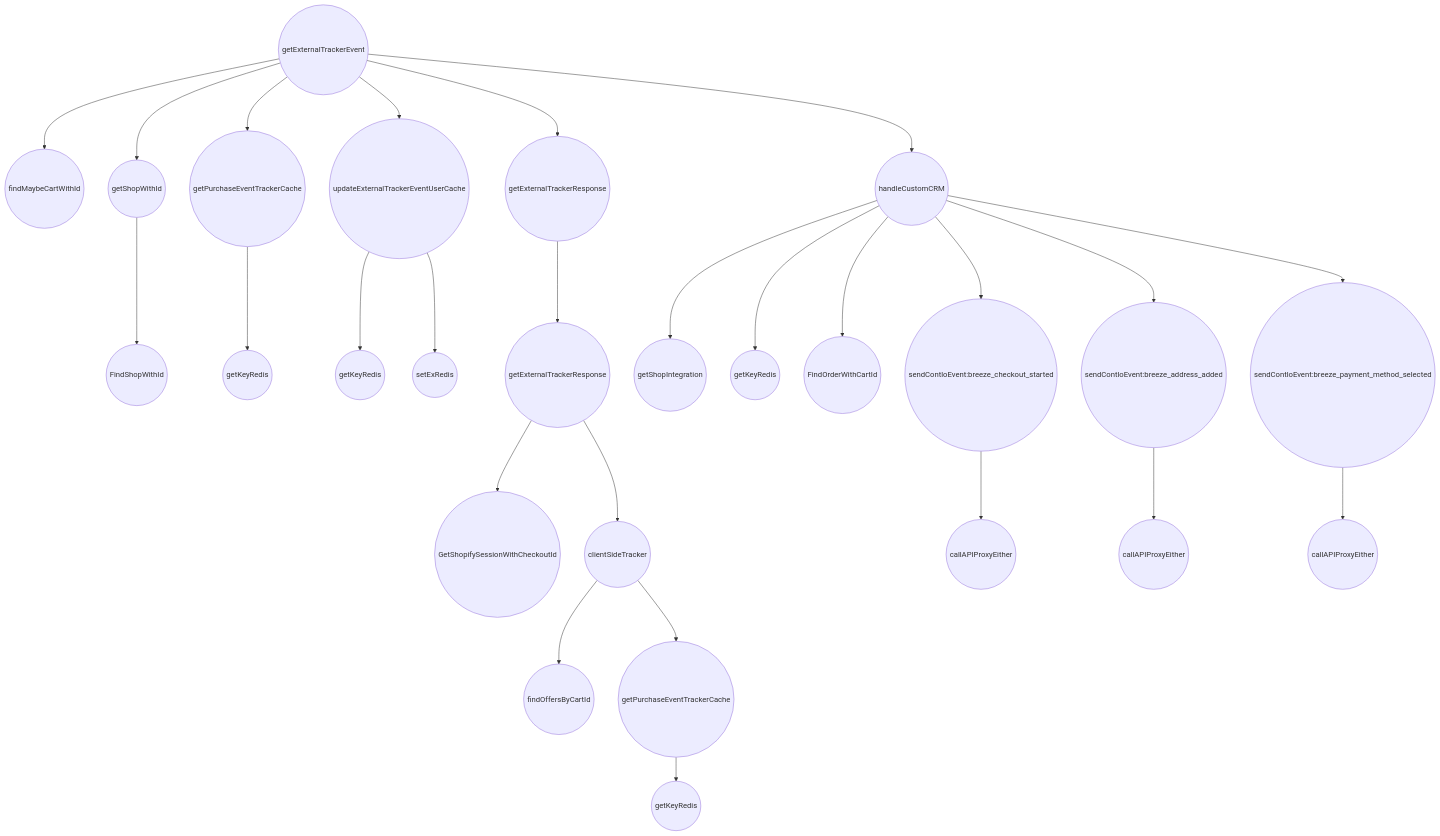
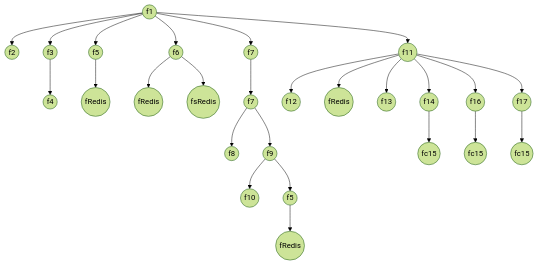
One commit to sishir2001/logViz changed the diagram in generated/iter0/functionTree.md. Above: the diagram before and after it, drawn with Mermaid. The commit also changed 1 other file, not shown here.

Commit message:
updated viz

````diff
--- a/generated/iter0/functionTree.md
+++ b/generated/iter0/functionTree.md
@@ -1,28 +1,29 @@
 ```mermaid
+    %%{init: {'theme':'forest'}}%%
     flowchart TD
-      Wgszl40BcZVd_SgUK2CY(( getExternalTrackerEvent )) --> Uwszl40BcZVd_SgUK2CY(( findMaybeCartWithId ))
-      Wgszl40BcZVd_SgUK2CY(( getExternalTrackerEvent )) --> aAszl40BcZVd_SgUK2CY(( getShopWithId ))
-      aAszl40BcZVd_SgUK2CY(( getShopWithId )) --> Xgszl40BcZVd_SgUK2CY(( FindShopWithId ))
-      Wgszl40BcZVd_SgUK2CY(( getExternalTrackerEvent )) --> agszl40BcZVd_SgUK2CY(( getPurchaseEventTrackerCache ))
-      agszl40BcZVd_SgUK2CY(( getPurchaseEventTrackerCache )) --> awszl40BcZVd_SgUK2CY(( getKeyRedis ))
-      Wgszl40BcZVd_SgUK2CY(( getExternalTrackerEvent )) --> egszl40BcZVd_SgUK2CY(( updateExternalTrackerEventUserCache ))
-      egszl40BcZVd_SgUK2CY(( updateExternalTrackerEventUserCache )) --> jQszl40BcZVd_SgUK2CY(( getKeyRedis ))
-      egszl40BcZVd_SgUK2CY(( updateExternalTrackerEventUserCache )) --> kAszl40BcZVd_SgUK2CY(( setExRedis ))
-      Wgszl40BcZVd_SgUK2CY(( getExternalTrackerEvent )) --> ggszl40BcZVd_SgUK2CY(( getExternalTrackerResponse ))
-      ggszl40BcZVd_SgUK2CY(( getExternalTrackerResponse )) --> oAszl40BcZVd_SgUK2CY(( getExternalTrackerResponse ))
-      oAszl40BcZVd_SgUK2CY(( getExternalTrackerResponse )) --> iQszl40BcZVd_SgUK2CY(( GetShopifySessionWithCheckoutId ))
-      oAszl40BcZVd_SgUK2CY(( getExternalTrackerResponse )) --> igszl40BcZVd_SgUK2CY(( clientSideTracker ))
-      igszl40BcZVd_SgUK2CY(( clientSideTracker )) --> lgszl40BcZVd_SgUK2CY(( findOffersByCartId ))
-      igszl40BcZVd_SgUK2CY(( clientSideTracker )) --> BO4zl40BpUSAXsPKL1E9(( getPurchaseEventTrackerCache ))
-      BO4zl40BpUSAXsPKL1E9(( getPurchaseEventTrackerCache )) --> pQszl40BcZVd_SgUK2CY(( getKeyRedis ))
-      Wgszl40BcZVd_SgUK2CY(( getExternalTrackerEvent )) --> rQszl40BcZVd_SgUK2CY(( handleCustomCRM ))
-      rQszl40BcZVd_SgUK2CY(( handleCustomCRM )) --> vAszl40BcZVd_SgUK2CY(( getShopIntegration ))
-      rQszl40BcZVd_SgUK2CY(( handleCustomCRM )) --> vgszl40BcZVd_SgUK2CY(( getKeyRedis ))
-      rQszl40BcZVd_SgUK2CY(( handleCustomCRM )) --> vwszl40BcZVd_SgUK2CY(( FindOrderWithCartId ))
-      rQszl40BcZVd_SgUK2CY(( handleCustomCRM )) --> Ee4zl40BpUSAXsPKL1E9(( sendContloEvent:breeze_checkout_started ))
-      Ee4zl40BpUSAXsPKL1E9(( sendContloEvent:breeze_checkout_started )) --> wQszl40BcZVd_SgUK2CY(( callAPIProxyEither ))
-      rQszl40BcZVd_SgUK2CY(( handleCustomCRM )) --> Gmwzl40BQ0y9xY4gM0dK(( sendContloEvent:breeze_address_added ))
-      Gmwzl40BQ0y9xY4gM0dK(( sendContloEvent:breeze_address_added )) --> Imwzl40BQ0y9xY4gM0dK(( callAPIProxyEither ))
-      rQszl40BcZVd_SgUK2CY(( handleCustomCRM )) --> JGwzl40BQ0y9xY4gM0dK(( sendContloEvent:breeze_payment_method_selected ))
-      JGwzl40BQ0y9xY4gM0dK(( sendContloEvent:breeze_payment_method_selected )) --> Fmwzl40BQ0y9xY4gM0dK(( callAPIProxyEither ))
+      Wgszl40BcZVd_SgUK2CY(( f1 )) --> Uwszl40BcZVd_SgUK2CY(( f2 ))
+      Wgszl40BcZVd_SgUK2CY(( f1 )) --> aAszl40BcZVd_SgUK2CY(( f3 ))
+      aAszl40BcZVd_SgUK2CY(( f3 )) --> Xgszl40BcZVd_SgUK2CY(( f4 ))
+      Wgszl40BcZVd_SgUK2CY(( f1 )) --> agszl40BcZVd_SgUK2CY(( f5 ))
+      agszl40BcZVd_SgUK2CY(( f5 )) --> awszl40BcZVd_SgUK2CY(( fRedis ))
+      Wgszl40BcZVd_SgUK2CY(( f1 )) --> egszl40BcZVd_SgUK2CY(( f6 ))
+      egszl40BcZVd_SgUK2CY(( f6 )) --> jQszl40BcZVd_SgUK2CY(( fRedis ))
+      egszl40BcZVd_SgUK2CY(( f6 )) --> kAszl40BcZVd_SgUK2CY(( fsRedis ))
+      Wgszl40BcZVd_SgUK2CY(( f1 )) --> ggszl40BcZVd_SgUK2CY(( f7 ))
+      ggszl40BcZVd_SgUK2CY(( f7 )) --> oAszl40BcZVd_SgUK2CY(( f7 ))
+      oAszl40BcZVd_SgUK2CY(( f7 )) --> iQszl40BcZVd_SgUK2CY(( f8 ))
+      oAszl40BcZVd_SgUK2CY(( f7 )) --> igszl40BcZVd_SgUK2CY(( f9 ))
+      igszl40BcZVd_SgUK2CY(( f9 )) --> lgszl40BcZVd_SgUK2CY(( f10 ))
+      igszl40BcZVd_SgUK2CY(( f9 )) --> BO4zl40BpUSAXsPKL1E9(( f5 ))
+      BO4zl40BpUSAXsPKL1E9(( f5 )) --> pQszl40BcZVd_SgUK2CY(( fRedis ))
+      Wgszl40BcZVd_SgUK2CY(( f1 )) --> rQszl40BcZVd_SgUK2CY(( f11 ))
+      rQszl40BcZVd_SgUK2CY(( f11 )) --> vAszl40BcZVd_SgUK2CY(( f12 ))
+      rQszl40BcZVd_SgUK2CY(( f11 )) --> vgszl40BcZVd_SgUK2CY(( fRedis ))
+      rQszl40BcZVd_SgUK2CY(( f11 )) --> vwszl40BcZVd_SgUK2CY(( f13 ))
+      rQszl40BcZVd_SgUK2CY(( f11 )) --> Ee4zl40BpUSAXsPKL1E9(( f14 ))
+      Ee4zl40BpUSAXsPKL1E9(( f14 )) --> wQszl40BcZVd_SgUK2CY(( fc15 ))
+      rQszl40BcZVd_SgUK2CY(( f11 )) --> Gmwzl40BQ0y9xY4gM0dK(( f16 ))
+      Gmwzl40BQ0y9xY4gM0dK(( f16 )) --> Imwzl40BQ0y9xY4gM0dK(( fc15 ))
+      rQszl40BcZVd_SgUK2CY(( f11 )) --> JGwzl40BQ0y9xY4gM0dK(( f17 ))
+      JGwzl40BQ0y9xY4gM0dK(( f17 )) --> Fmwzl40BQ0y9xY4gM0dK(( fc15 ))
 ```
````
